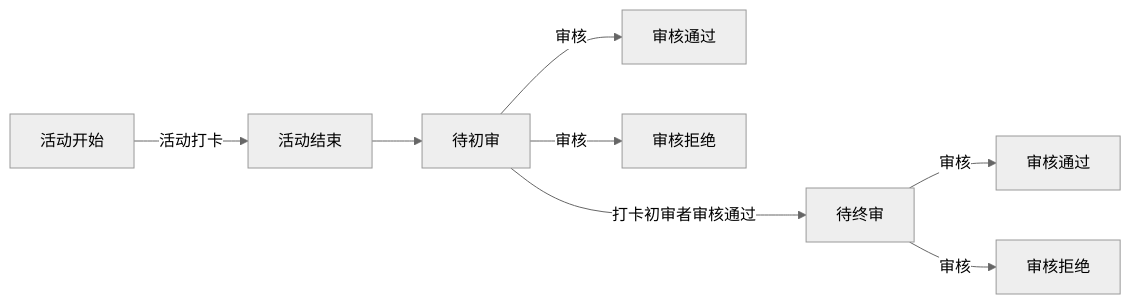
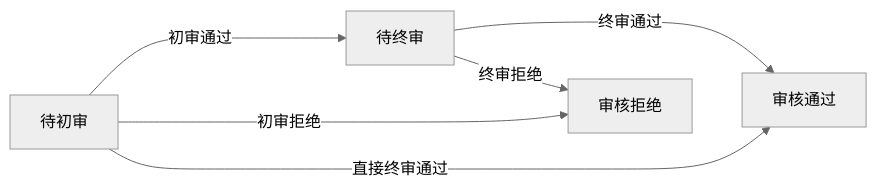
Before and after one commit to SaintKayLuk/ZA-user-manual: the sixth of 7 diagrams in 刑侦反骗码用户后台/刑侦反骗码用户后台-用户手册.md, drawn with Mermaid (neutral theme). The commit also changed other lines of this file and 3 other files, not shown here.

````diff
--- a/刑侦反骗码用户后台/刑侦反骗码用户后台-用户手册.md
+++ b/刑侦反骗码用户后台/刑侦反骗码用户后台-用户手册.md
@@ -623,7 +613,8 @@
 ```mermaid
-graph LR
-  1[活动开始] --活动打卡--> 2[活动结束] --> 3[待初审] --审核--> 4[审核通过]
-  3[待初审] --审核--> 5[审核拒绝]
-  3[待初审] --打卡初审者审核通过---> 6[待终审] --审核--> 7[审核通过]
-  6[待终审] --审核--> 8[审核拒绝]
+  graph LR
+  2[待初审] --初审通过---> 3[待终审]
+  2[待初审] --初审拒绝---> 4[审核拒绝]
+  2[待初审] --直接终审通过---> 5[审核通过]
+  3[待终审] --终审通过---> 5[审核通过]
+  3[待终审] --终审拒绝--> 4[审核拒绝]
 ```
````
